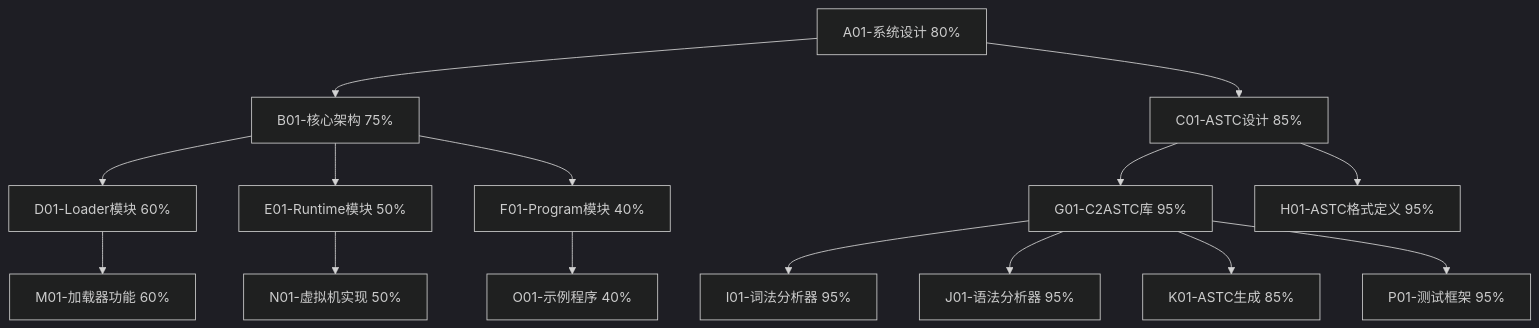
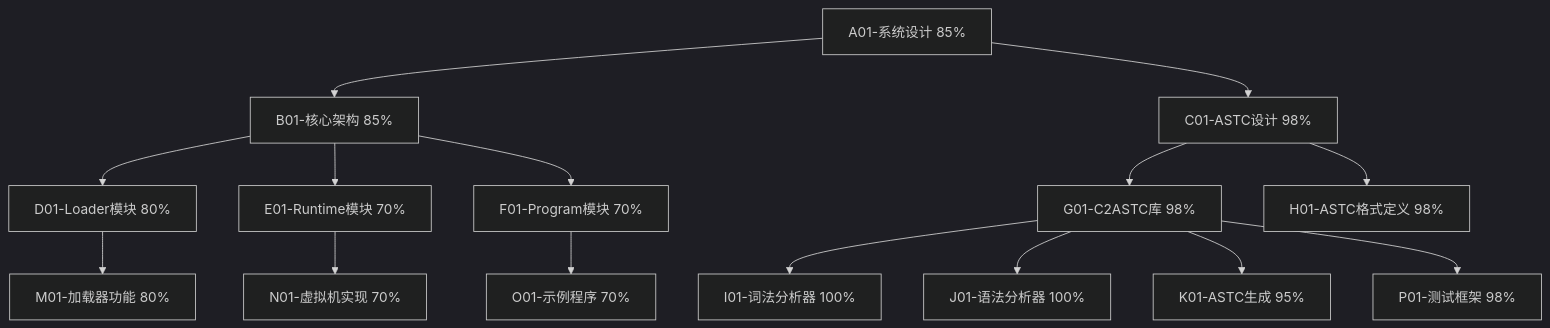
Before and after one commit to wanjochan/self-evolve-ai: the diagram in aitasker.md, drawn with Mermaid (dark theme). The commit also changed other lines of this file and 13 other files, not shown here.

````diff
--- a/aitasker.md
+++ b/aitasker.md
@@ -7,22 +7,22 @@
 ```mermaid
 graph TD
-    A[A01-系统设计 80%] --> B[B01-核心架构 75%]
-    A --> C[C01-ASTC设计 85%]
+    A[A01-系统设计 85%] --> B[B01-核心架构 85%]
+    A --> C[C01-ASTC设计 98%]
     
-    B --> D[D01-Loader模块 60%]
-    B --> E[E01-Runtime模块 50%]
-    B --> F[F01-Program模块 40%]
+    B --> D[D01-Loader模块 80%]
+    B --> E[E01-Runtime模块 70%]
+    B --> F[F01-Program模块 70%]
     
-    C --> G[G01-C2ASTC库 95%]
-    C --> H[H01-ASTC格式定义 95%]
+    C --> G[G01-C2ASTC库 98%]
+    C --> H[H01-ASTC格式定义 98%]
     
-    G --> I[I01-词法分析器 95%]
-    G --> J[J01-语法分析器 95%]
-    G --> K[K01-ASTC生成 85%]
+    G --> I[I01-词法分析器 100%]
+    G --> J[J01-语法分析器 100%]
+    G --> K[K01-ASTC生成 95%]
     
-    D --> M[M01-加载器功能 60%]
-    E --> N[N01-虚拟机实现 50%]
-    F --> O[O01-示例程序 40%]
+    D --> M[M01-加载器功能 80%]
+    E --> N[N01-虚拟机实现 70%]
+    F --> O[O01-示例程序 70%]
     
-    G --> P[P01-测试框架 95%]
+    G --> P[P01-测试框架 98%]
 ```
````
